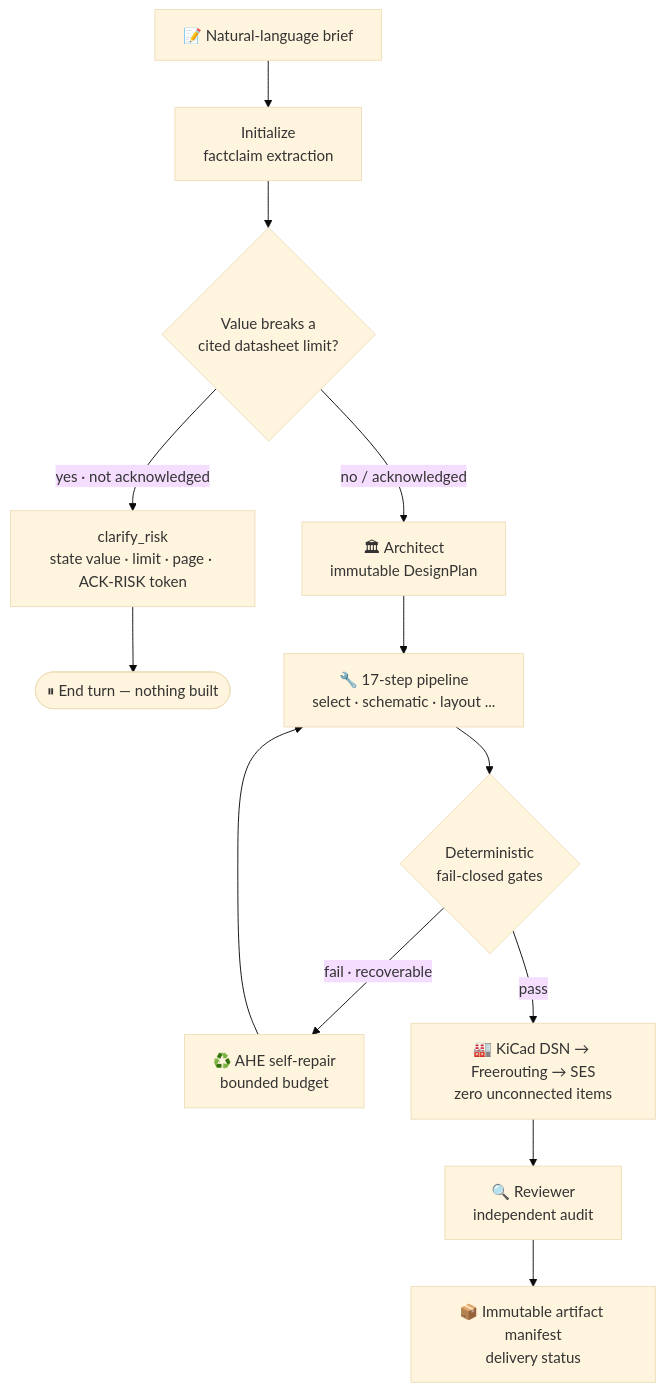
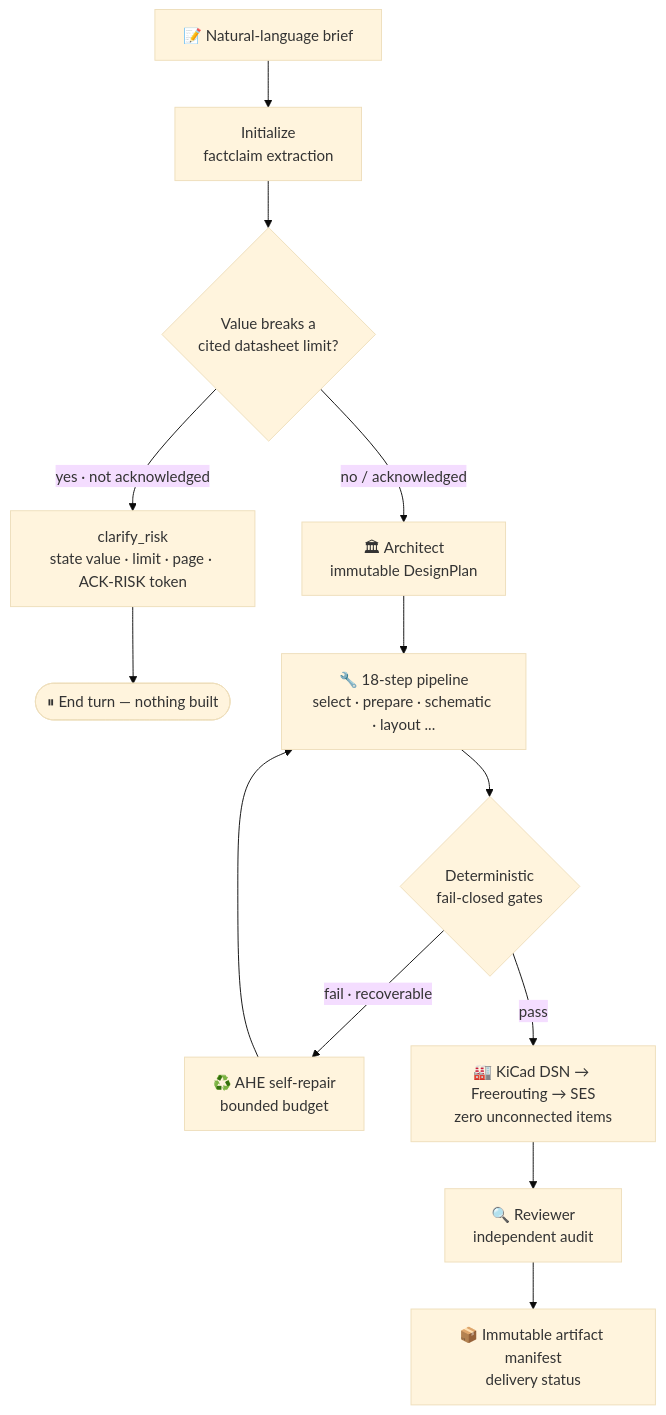
One commit to AAADASDASSSSSSSSSSSS/wow changed the third of 3 diagrams in README.md. Above: the diagram before and after it, drawn with Mermaid (base theme). The commit also changed other lines of this file and 47 other files, not shown here.

````diff
--- a/README.md
+++ b/README.md
@@ -187,13 +187,13 @@
 ```mermaid
 flowchart TD
     REQ["📝 Natural-language brief"] --> INIT["Initialize<br/>factclaim extraction"]
     INIT --> RISK{"Value breaks a<br/>cited datasheet limit?"}
     RISK -->|"yes · not acknowledged"| CLAR["clarify_risk<br/>state value · limit · page · ACK-RISK token"] --> STOP(["⏸ End turn — nothing built"])
     RISK -->|"no / acknowledged"| PLAN["🏛 Architect<br/>immutable DesignPlan"]
-    PLAN --> PIPE["🔧 17-step pipeline<br/>select · schematic · layout ..."]
+    PLAN --> PIPE["🔧 18-step pipeline<br/>select · prepare · schematic · layout ..."]
     PIPE --> GATE{"Deterministic<br/>fail-closed gates"}
     GATE -->|"fail · recoverable"| REPAIR["♻️ AHE self-repair<br/>bounded budget"] --> PIPE
     GATE -->|"pass"| ROUTE["🏭 KiCad DSN → Freerouting → SES<br/>zero unconnected items"]
     ROUTE --> REV["🔍 Reviewer<br/>independent audit"]
     REV --> ART["📦 Immutable artifact manifest<br/>delivery status"]
 ```
````
